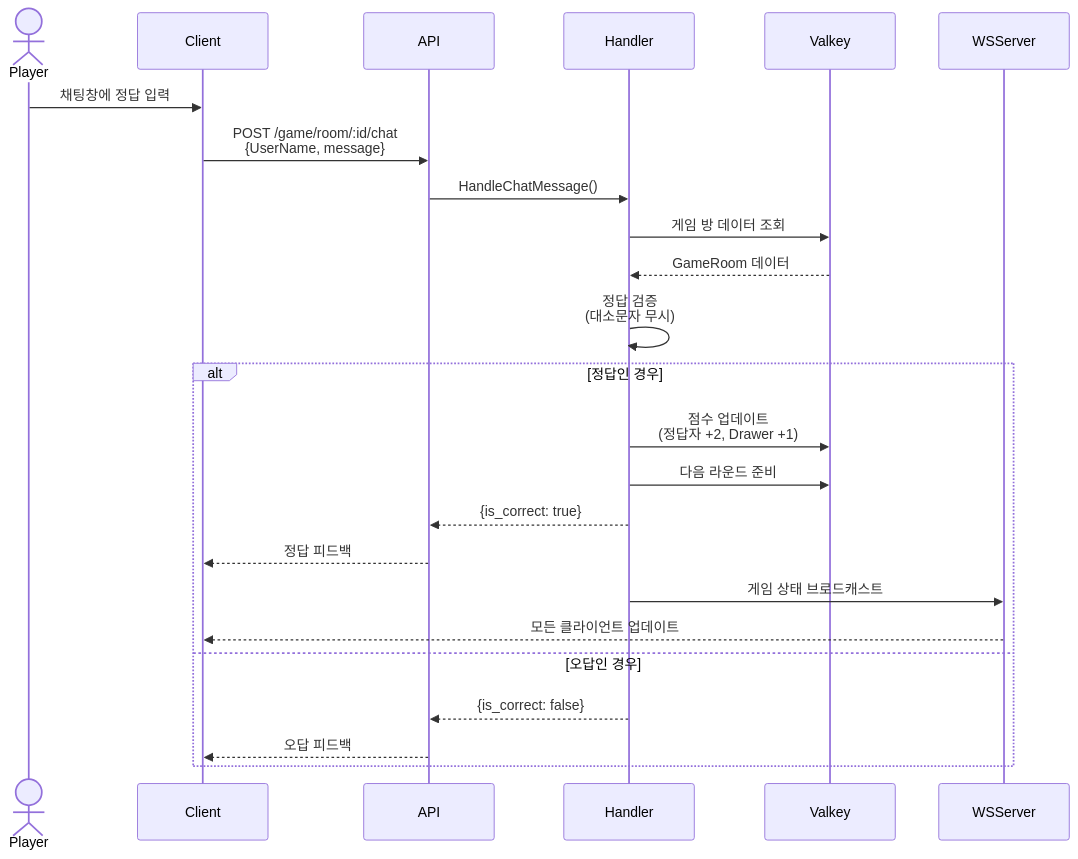
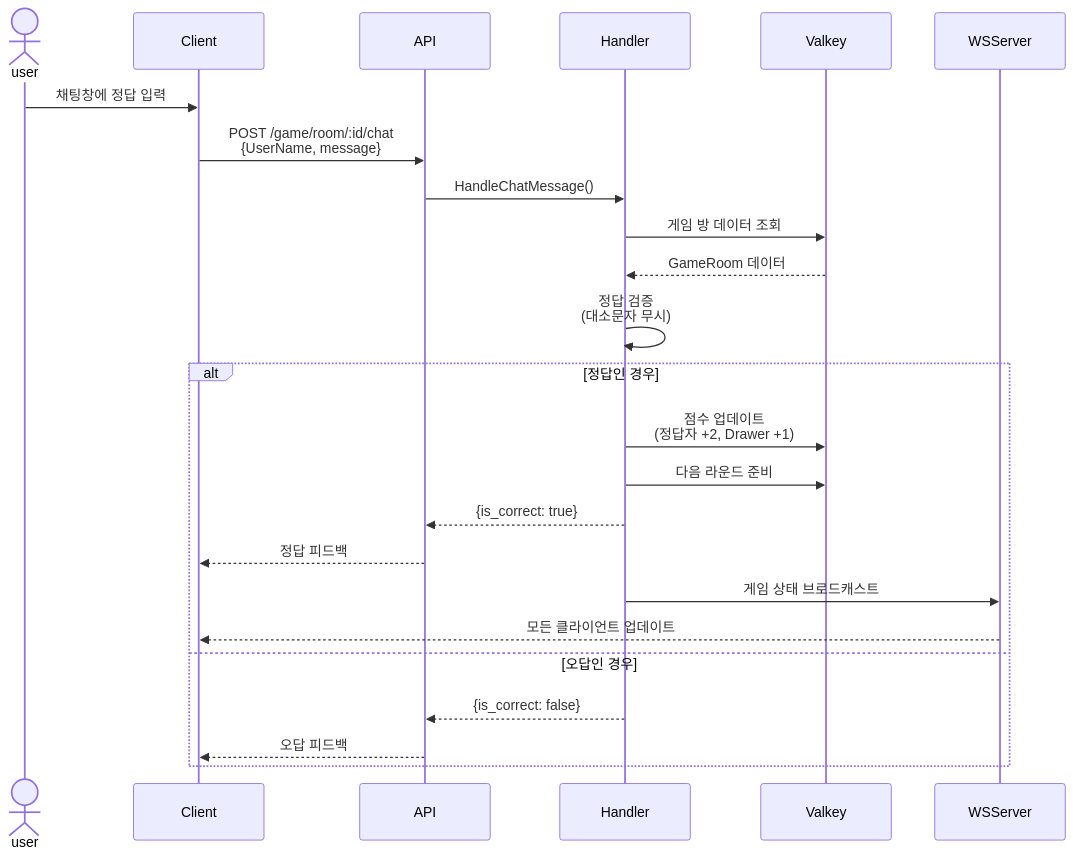
The sixth of 8 diagrams in ARCHITECTURE.md (ten-choi/golang-mini-game), drawn with Mermaid before and after one commit. The commit also changed other lines of this file and 229 other files, not shown here.

````diff
--- a/ARCHITECTURE.md
+++ b/ARCHITECTURE.md
@@ -166,28 +166,28 @@
 ```mermaid
 sequenceDiagram
-    actor Player
+    actor user
     participant Client
     participant API
     participant Handler
     participant Valkey
     participant WSServer
 
-    Player->>Client: 채팅창에 정답 입력
+    user->>Client: 채팅창에 정답 입력
     Client->>API: POST /game/room/:id/chat<br/>{UserName, message}
     API->>Handler: HandleChatMessage()
     Handler->>Valkey: 게임 방 데이터 조회
     Valkey-->>Handler: GameRoom 데이터
     Handler->>Handler: 정답 검증<br/>(대소문자 무시)
     
     alt 정답인 경우
         Handler->>Valkey: 점수 업데이트<br/>(정답자 +2, Drawer +1)
         Handler->>Valkey: 다음 라운드 준비
         Handler-->>API: {is_correct: true}
         API-->>Client: 정답 피드백
         Handler->>WSServer: 게임 상태 브로드캐스트
         WSServer-->>Client: 모든 클라이언트 업데이트
     else 오답인 경우
         Handler-->>API: {is_correct: false}
         API-->>Client: 오답 피드백
     end
 ```
````
